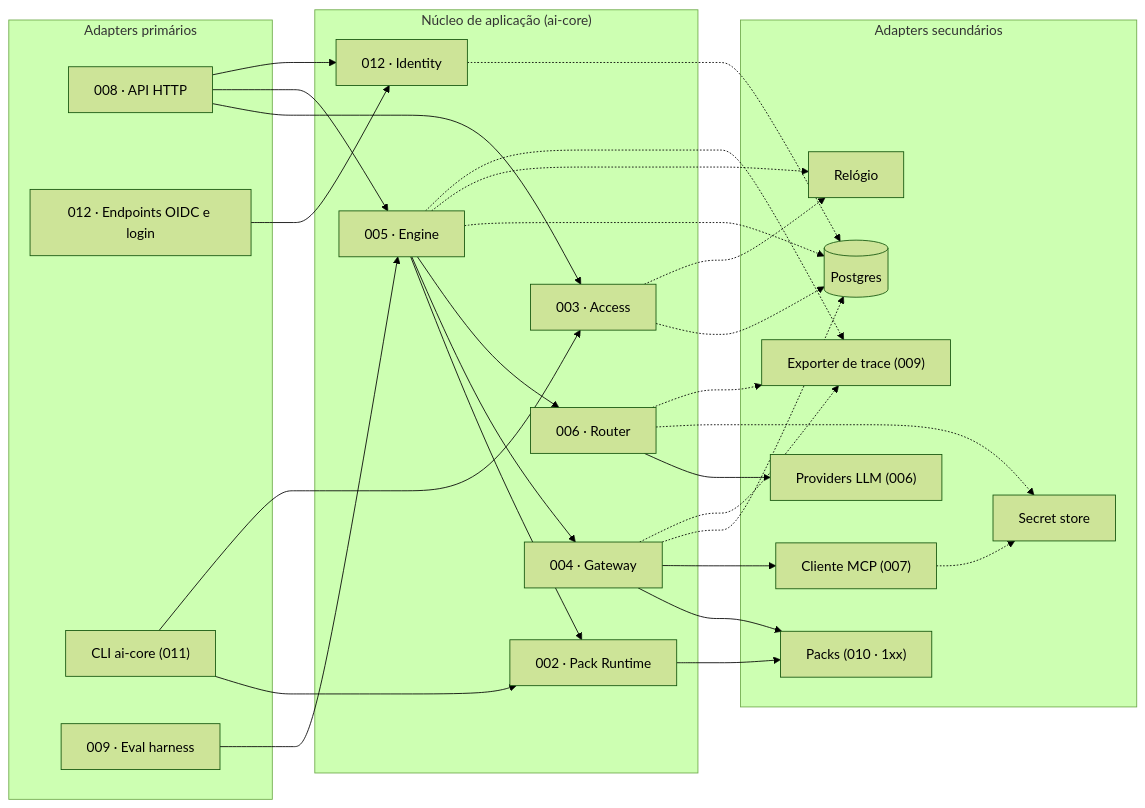
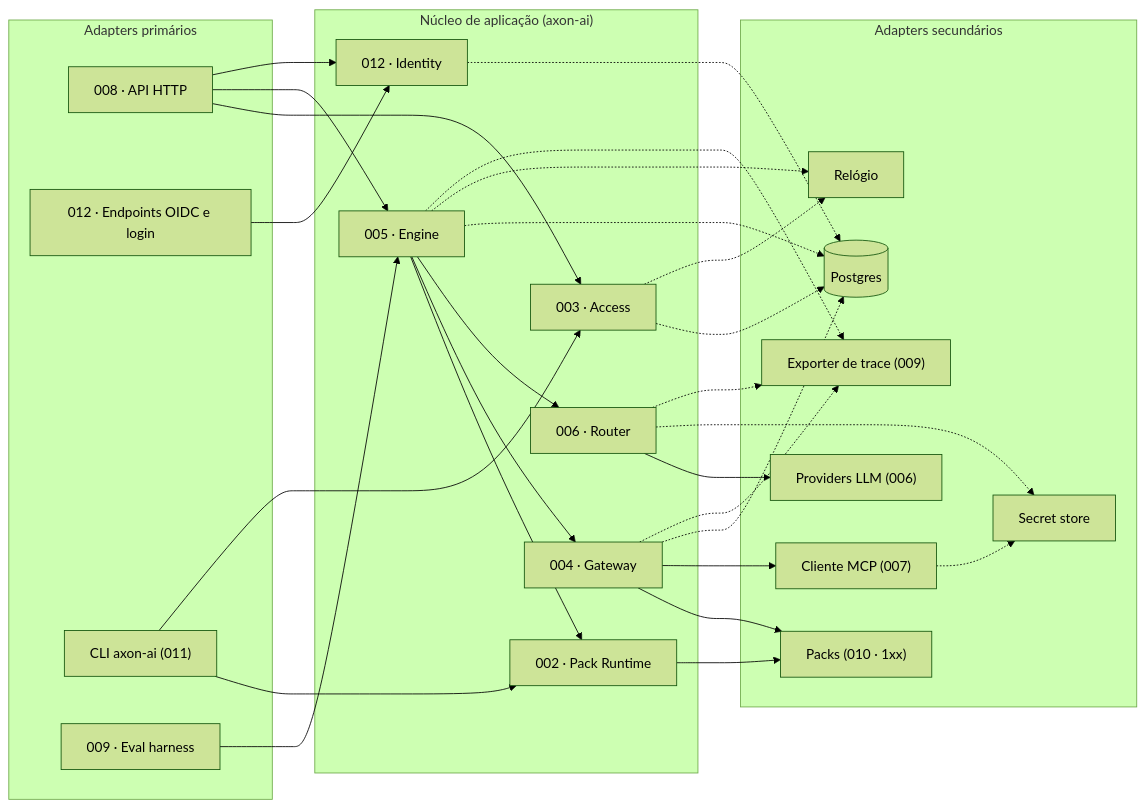
Before and after one commit to CaioFerreiraB/axon: the second of 4 diagrams in specs/README.md, drawn with Mermaid (forest theme). The commit also changed other lines of this file and 1314 other files, not shown here.

````diff
--- a/specs/README.md
+++ b/specs/README.md
@@ -75,51 +75,51 @@
 ```mermaid
 flowchart LR
     subgraph PRIM["Adapters primários"]
         HTTP["008 · API HTTP"]
         OIDC["012 · Endpoints OIDC e login"]
-        CLI["CLI ai-core (011)"]
+        CLI["CLI axon-ai (011)"]
         EVAL["009 · Eval harness"]
     end
-    subgraph HEX["Núcleo de aplicação (ai-core)"]
+    subgraph HEX["Núcleo de aplicação (axon-ai)"]
         ACC["003 · Access"]
         IDN["012 · Identity"]
         RT["002 · Pack Runtime"]
         ENG["005 · Engine"]
         GW["004 · Gateway"]
         ROU["006 · Router"]
     end
     subgraph SEC["Adapters secundários"]
         LLM["Providers LLM (006)"]
         MCP["Cliente MCP (007)"]
         PACKS["Packs (010 · 1xx)"]
         PG[("Postgres")]
         SECR["Secret store"]
         CLK["Relógio"]
         TRC["Exporter de trace (009)"]
     end
     HTTP --> ACC
     HTTP --> ENG
     HTTP --> IDN
     OIDC --> IDN
     CLI --> RT
     CLI --> ACC
     EVAL --> ENG
     ENG --> RT
     ENG --> GW
     ENG --> ROU
     RT --> PACKS
     GW --> PACKS
     GW --> MCP
     ROU --> LLM
     ACC -.-> PG
     IDN -.-> PG
     GW -.-> PG
     ENG -.-> PG
     ACC -.-> CLK
     ENG -.-> CLK
     ROU -.-> SECR
     MCP -.-> SECR
     ENG -.-> TRC
     GW -.-> TRC
     ROU -.-> TRC
 ```
````
